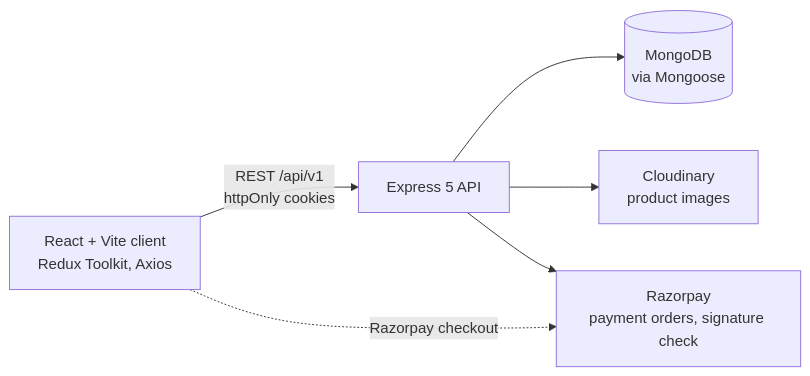
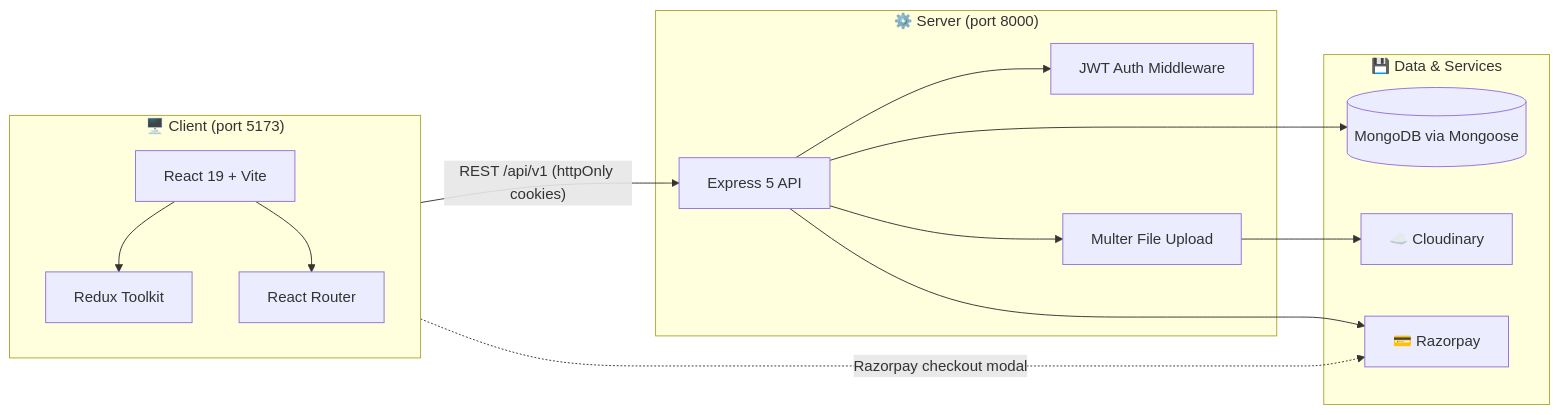
The first of 3 diagrams in Readme.md (jyt-dev/e-Commerce), drawn with Mermaid before and after one commit. The commit also changed other lines of this file, not shown here.

Commit message:
docs: rewrite README with architecture diagrams, deployment guide, troubleshooting, and contributing guidelines

````diff
--- a/Readme.md
+++ b/Readme.md
@@ -81,8 +117,30 @@
 ```mermaid
 flowchart LR
-    Client["React + Vite client<br/>Redux Toolkit, Axios"] -- "REST /api/v1<br/>httpOnly cookies" --> API["Express 5 API"]
-    API --> DB[("MongoDB<br/>via Mongoose")]
-    API --> Cloud["Cloudinary<br/>product images"]
-    API --> RZP["Razorpay<br/>payment orders, signature check"]
-    Client -. "Razorpay checkout" .-> RZP
+    subgraph Client["🖥️ Client (port 5173)"]
+        React["React 19 + Vite"]
+        Redux["Redux Toolkit"]
+        Router["React Router"]
+    end
+
+    subgraph Server["⚙️ Server (port 8000)"]
+        API["Express 5 API"]
+        Auth["JWT Auth Middleware"]
+        Upload["Multer File Upload"]
+    end
+
+    subgraph Data["💾 Data & Services"]
+        DB[("MongoDB via Mongoose")]
+        Cloud["☁️ Cloudinary"]
+        RZP["💳 Razorpay"]
+    end
+
+    React --> Redux
+    React --> Router
+    Client -- "REST /api/v1 (httpOnly cookies)" --> API
+    API --> Auth
+    API --> Upload
+    API --> DB
+    Upload --> Cloud
+    API --> RZP
+    Client -. "Razorpay checkout modal" .-> RZP
 ```
````
